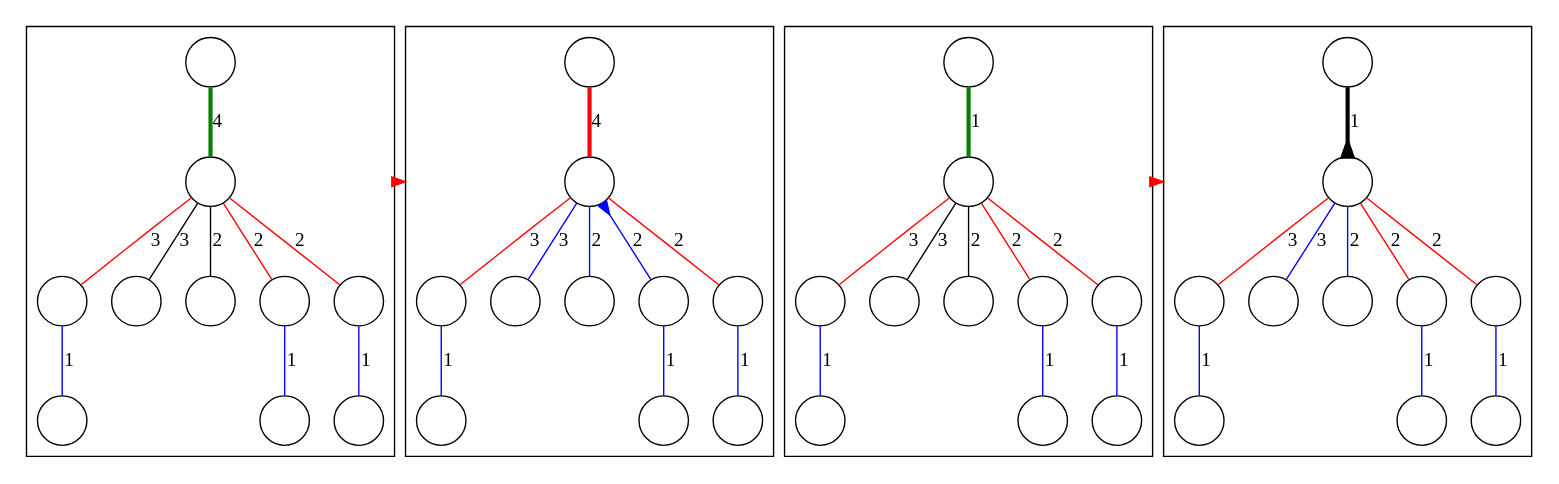
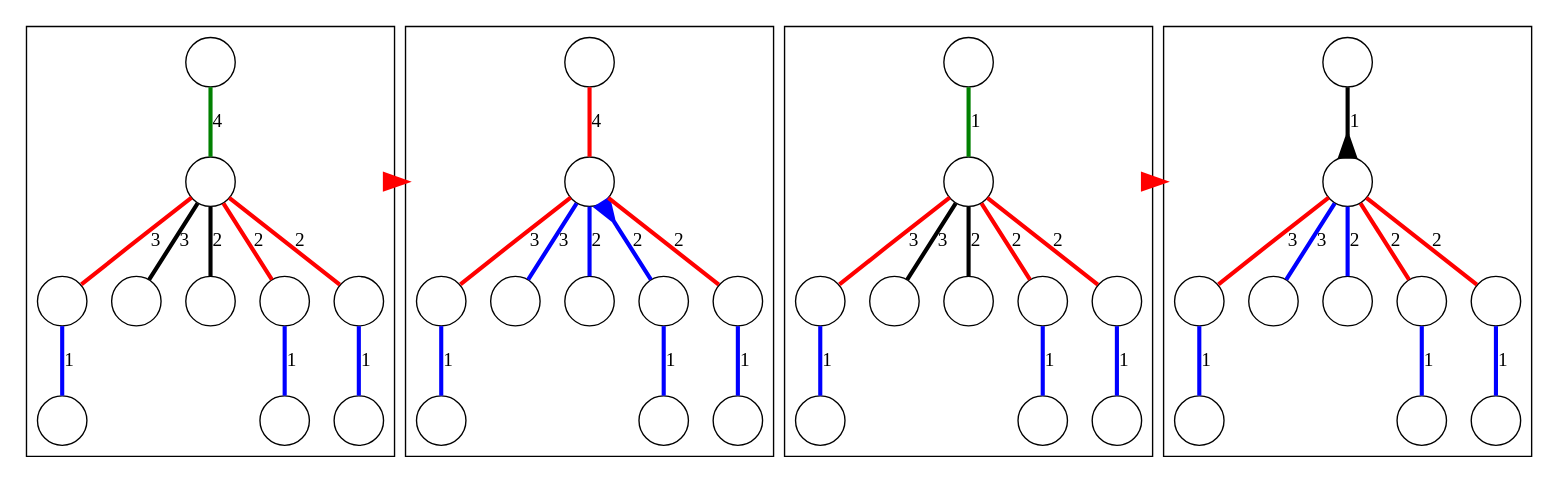
Before and after one commit to sgolodetz/thesis: the diagram in segmentation/graphs/chriswaterfall/cases.gv, drawn with Graphviz. The commit also changed 20 other files, not shown here.

Commit message:
Started making some of the waterfall diagrams clearer.

```diff
--- a/segmentation/graphs/chriswaterfall/cases.gv
+++ b/segmentation/graphs/chriswaterfall/cases.gv
@@ -1,62 +1,62 @@
 digraph
 {
 	compound = true;
 	node [shape=circle, label=""];
-	edge [dir=both, arrowtail=none, arrowhead=none];
+	edge [dir=both, arrowtail=none, arrowhead=none, penwidth=3, arrowsize=1.5];
 
 	subgraph cluster1before
 	{
 		n1g -> n1p [label=4, color=green, penwidth=3];
 		n1p -> n1c0 [label=3, color=red];
 		n1p -> n1c1 [label=3];
 		n1p -> n1c2 [label=2];
 		n1p -> n1c3 [label=2, color=red];
 		n1p -> n1c4 [label=2, color=red];
 		n1c0 -> n1d0 [label=1, color=blue];
 		n1c3 -> n1d3 [label=1, color=blue];
 		n1c4 -> n1d4 [label=1, color=blue];
 	}
 
 	subgraph cluster1after
 	{
 		n1g_ -> n1p_ [label=4, color=red, penwidth=3];
 		n1p_ -> n1c0_ [label=3, color=red];
 		n1p_ -> n1c1_ [label=3, color=blue];
 		n1p_ -> n1c2_ [label=2, color=blue];
 		n1p_ -> n1c3_ [label=2, color=blue, arrowtail=inv];
 		n1p_ -> n1c4_ [label=2, color=red];
 		n1c0_ -> n1d0_ [label=1, color=blue];
 		n1c3_ -> n1d3_ [label=1, color=blue];
 		n1c4_ -> n1d4_ [label=1, color=blue];
 	}
 
 	n1p -> n1p_ [arrowhead=normal, color=red, ltail=cluster1before, lhead=cluster1after, constraint=false];
 
 	subgraph cluster2before
 	{
 		n2g -> n2p [label=1, color=green, penwidth=3];
 		n2p -> n2c0 [label=3, color=red];
 		n2p -> n2c1 [label=3];
 		n2p -> n2c2 [label=2];
 		n2p -> n2c3 [label=2, color=red];
 		n2p -> n2c4 [label=2, color=red];
 		n2c0 -> n2d0 [label=1, color=blue];
 		n2c3 -> n2d3 [label=1, color=blue];
 		n2c4 -> n2d4 [label=1, color=blue];
 	}
 
 	subgraph cluster2after
 	{
 		n2g_ -> n2p_ [label=1, penwidth=3, arrowhead=inv];
 		n2p_ -> n2c0_ [label=3, color=red];
 		n2p_ -> n2c1_ [label=3, color=blue];
 		n2p_ -> n2c2_ [label=2, color=blue];
 		n2p_ -> n2c3_ [label=2, color=red];
 		n2p_ -> n2c4_ [label=2, color=red];
 		n2c0_ -> n2d0_ [label=1, color=blue];
 		n2c3_ -> n2d3_ [label=1, color=blue];
 		n2c4_ -> n2d4_ [label=1, color=blue];
 	}
 
 	n2p -> n2p_ [arrowhead=normal, color=red, ltail=cluster2before, lhead=cluster2after, constraint=false];
 }
```
